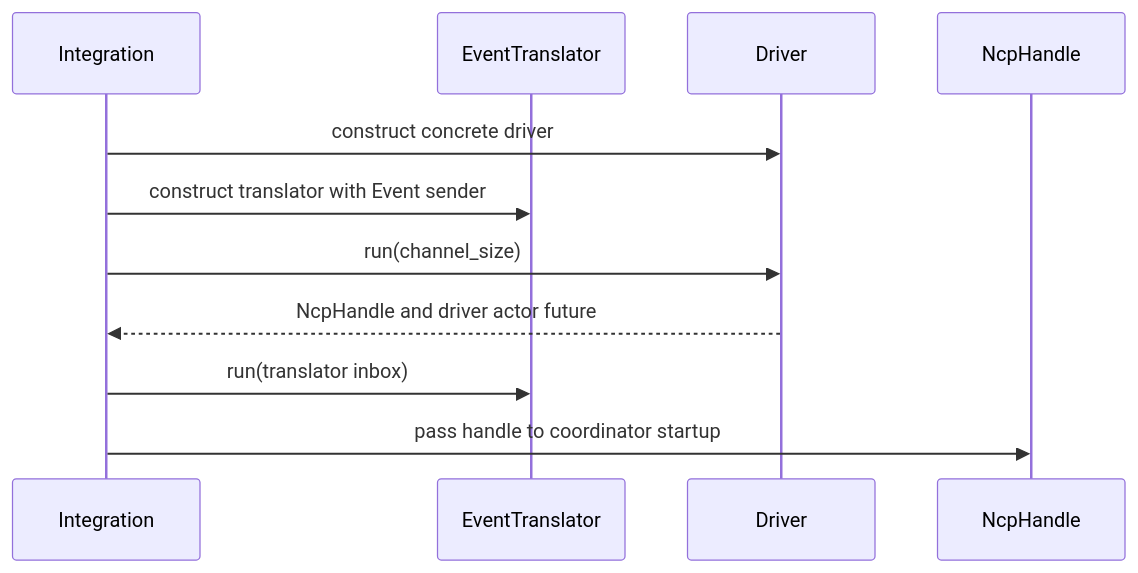
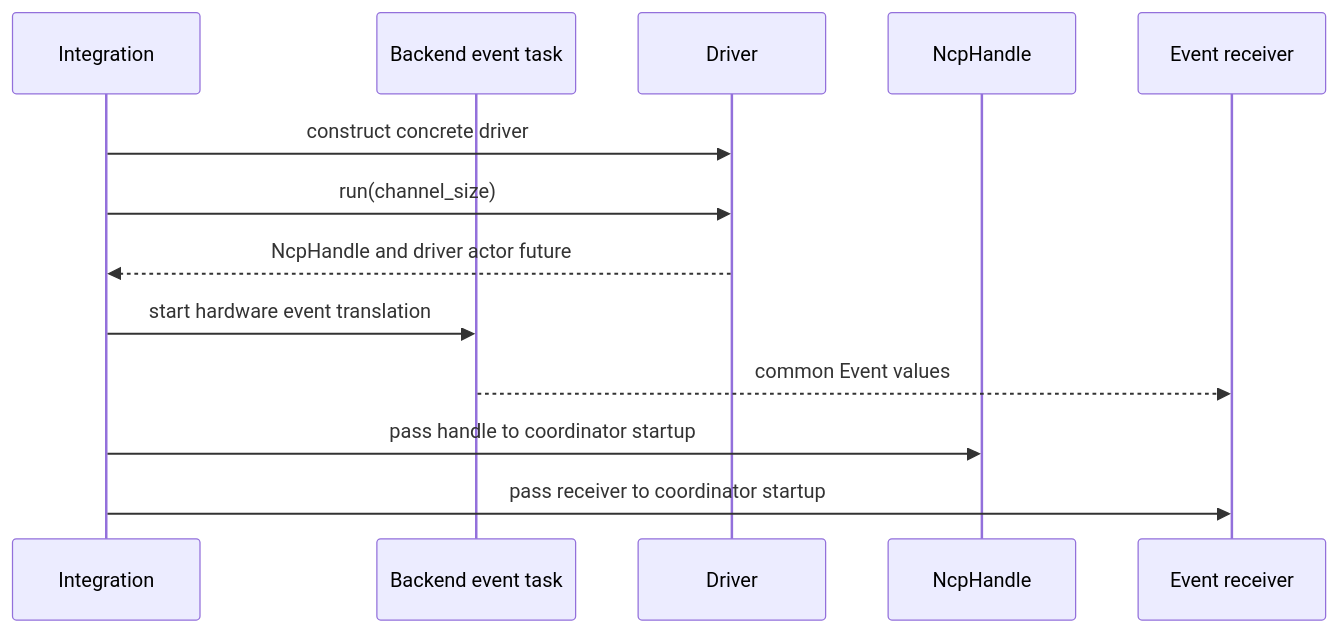
The second of 4 diagrams in hw/ARCHITECTURE.md (PaulmannLighting/apis-saltans), drawn with Mermaid before and after one commit. The commit also changed other lines of this file and 10 other files, not shown here.

````diff
--- a/hw/ARCHITECTURE.md
+++ b/hw/ARCHITECTURE.md
@@ -164,14 +145,16 @@
 ```mermaid
 sequenceDiagram
     participant I as Integration;
-    participant T as EventTranslator;
+    participant B as Backend event task;
     participant D as Driver;
     participant H as NcpHandle;
+    participant E as Event receiver;
 
     I->>D: construct concrete driver;
-    I->>T: construct translator with Event sender;
     I->>D: run(channel_size);
     D-->>I: NcpHandle and driver actor future;
-    I->>T: run(translator inbox);
+    I->>B: start hardware event translation;
+    B-->>E: common Event values;
     I->>H: pass handle to coordinator startup;
+    I->>E: pass receiver to coordinator startup;
 ```
````
